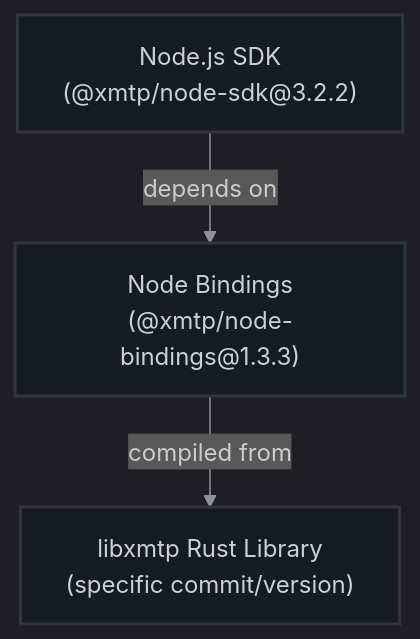
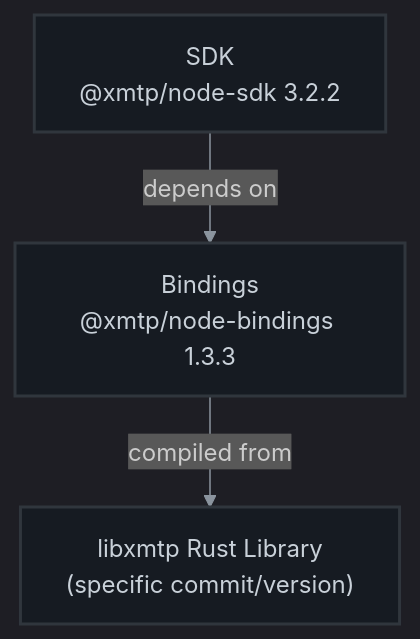
Before and after one commit to xmtp/xmtp-qa-tools: the diagram in docs/version-management.md, drawn with Mermaid.

Commit message:
Update package references for consistency in docs (#1099)
* Update package references for consistency in docs

* Update version references for clarity in documentation

* Clarify SDK and bindings naming in documentation

````diff
--- a/docs/version-management.md
+++ b/docs/version-management.md
@@ -7,13 +7,13 @@
 ```mermaid
 %%{init: {'theme': 'dark', 'themeVariables': { 'primaryColor': '#0D1117', 'primaryTextColor': '#c9d1d9', 'primaryBorderColor': '#30363d', 'lineColor': '#8b949e', 'secondaryColor': '#161b22', 'tertiaryColor': '#161b22' }}}%%
 
 flowchart TD
-  nodeSDK["Node.js SDK<br/>(@xmtp/node-sdk@3.2.2)"]
-  nodeBindings["Node Bindings<br/>(@xmtp/node-bindings@1.3.3)"]
+  nodeSDK["SDK<br/>@xmtp/node-sdk 3.2.2"]
+  nodeBindings["Bindings<br/>@xmtp/node-bindings 1.3.3"]
   libxmtp["libxmtp Rust Library<br/>(specific commit/version)"]
 
   nodeSDK --> |depends on| nodeBindings
   nodeBindings --> |compiled from| libxmtp
 
   classDef default fill:#161b22,stroke:#30363d,stroke-width:2px,color:#c9d1d9;
 ```
````
